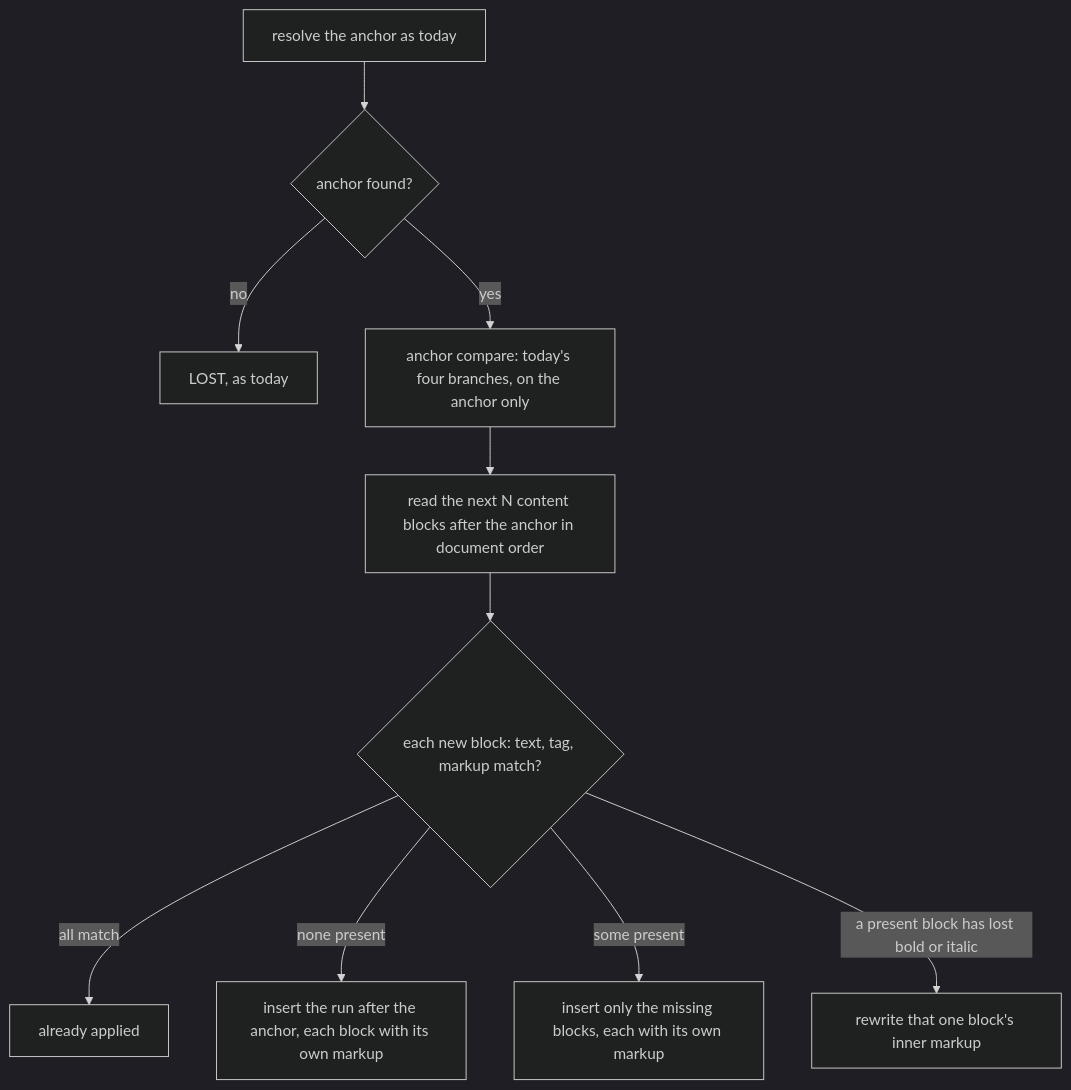
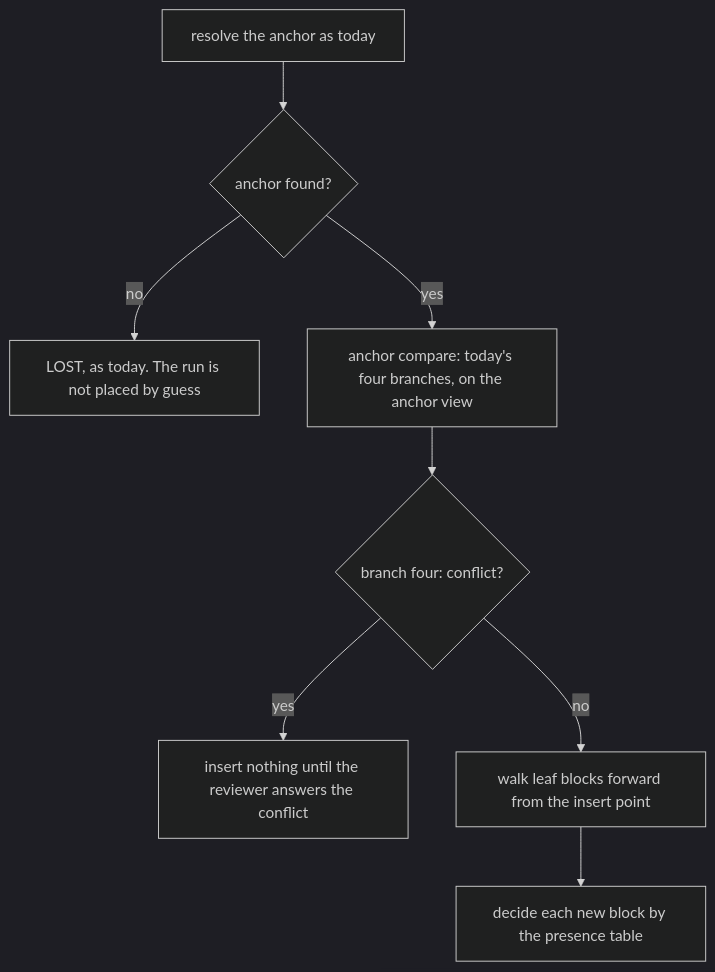
Before and after one commit to kenxle/live-agentic-html-editor: the fourth of 4 diagrams in docs/features/20260928.01_free_writing/02_architecture_free_writing.md, drawn with Mermaid (dark theme). The commit also changed other lines of this file and 1 other file, not shown here.

Commit message:
Free writing architecture: review round 1 integrated except the editing host and Tiptap, which wait on the spike; three pre-existing security gaps boarded

````diff
--- a/docs/features/20260928.01_free_writing/02_architecture_free_writing.md
+++ b/docs/features/20260928.01_free_writing/02_architecture_free_writing.md
@@ -156,12 +246,10 @@
 ```mermaid
 flowchart TD
   A[resolve the anchor as today] --> B{anchor found?}
-  B -- no --> L[LOST, as today]
-  B -- yes --> C[anchor compare: today's four branches, on the anchor only]
-  C --> D[read the next N content blocks after the anchor in document order]
-  D --> E{"each new block: text, tag, markup match?"}
-  E -- all match --> OK[already applied]
-  E -- none present --> INS["insert the run after the anchor, each block with its own markup"]
-  E -- some present --> PART["insert only the missing blocks, each with its own markup"]
-  E -- a present block has lost bold or italic --> FMT["rewrite that one block's inner markup"]
+  B -- no --> L[LOST, as today. The run is not placed by guess]
+  B -- yes --> C["anchor compare: today's four branches, on the anchor view"]
+  C --> K{"branch four: conflict?"}
+  K -- yes --> W[insert nothing until the reviewer answers the conflict]
+  K -- no --> D["walk leaf blocks forward from the insert point"]
+  D --> E["decide each new block by the presence table"]
 ```
````
